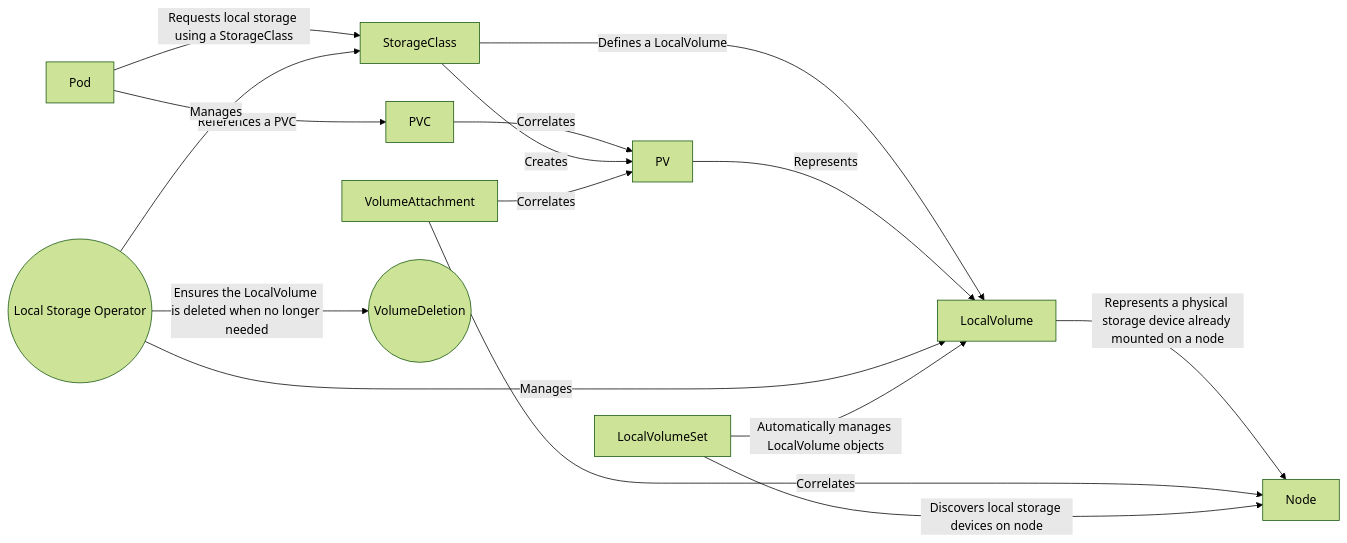
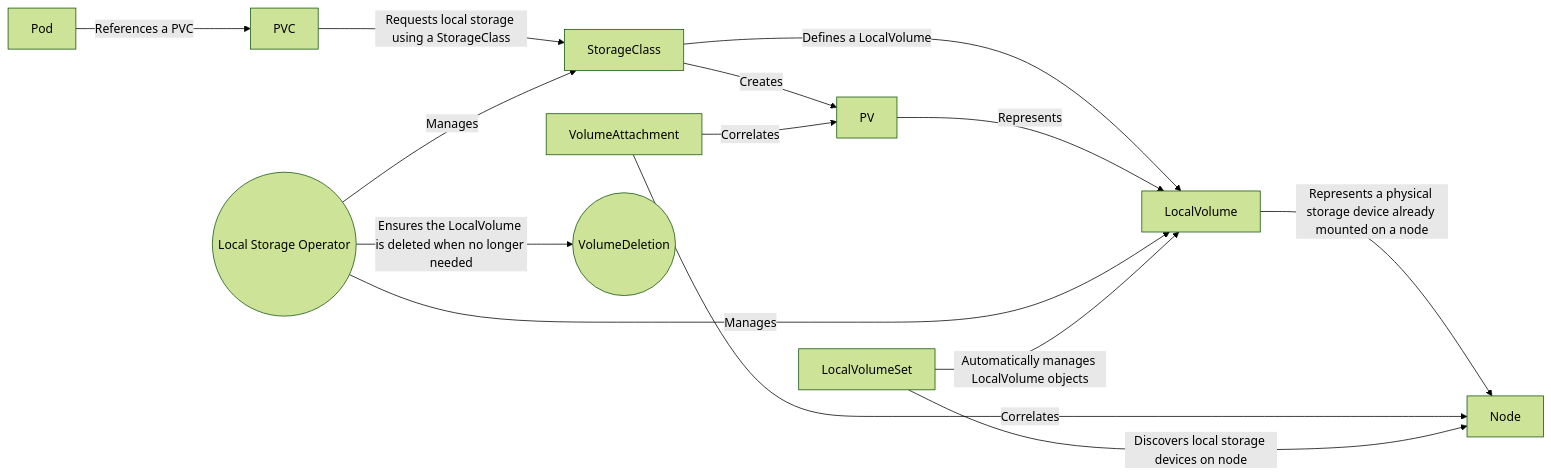
The first of 2 diagrams in README.md (emmahone/Local-Storage-Operator-reference), drawn with Mermaid (forest theme) before and after one commit.

Commit message:
Fix flowchart

````diff
--- a/README.md
+++ b/README.md
@@ -4,17 +4,16 @@
 ```mermaid
 graph LR
-    Pod -->|Requests local storage using a StorageClass| StorageClass
+    PVC -->|Requests local storage using a StorageClass| StorageClass
     StorageClass -->|Defines a LocalVolume| LocalVolume
     LocalVolume -->|Represents a physical storage device already mounted on a node| Node
     Pod -->|References a PVC| PVC
-    PVC -->|Correlates| PV
     PV -->|Represents| LocalVolume
     StorageClass -->|Creates| PV
     VolumeAttachment -->|Correlates| Node
     VolumeAttachment -->|Correlates| PV
     LSO((Local Storage Operator)) -->|Ensures the LocalVolume is deleted when no longer needed| VolumeDeletion((VolumeDeletion))
     LSO((Local Storage Operator)) -->|Manages| LocalVolume
     LSO((Local Storage Operator)) -->|Manages| StorageClass
     LocalVolumeSet -->|Discovers local storage devices on node| Node
     LocalVolumeSet -->|Automatically manages LocalVolume objects|LocalVolume
 ```
````
